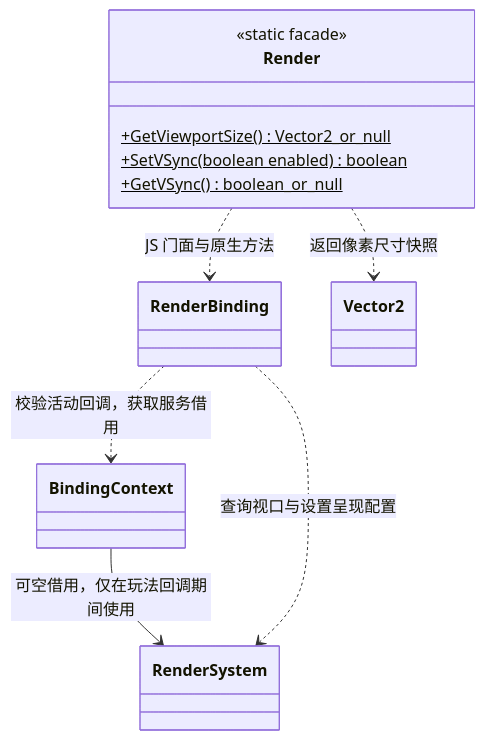
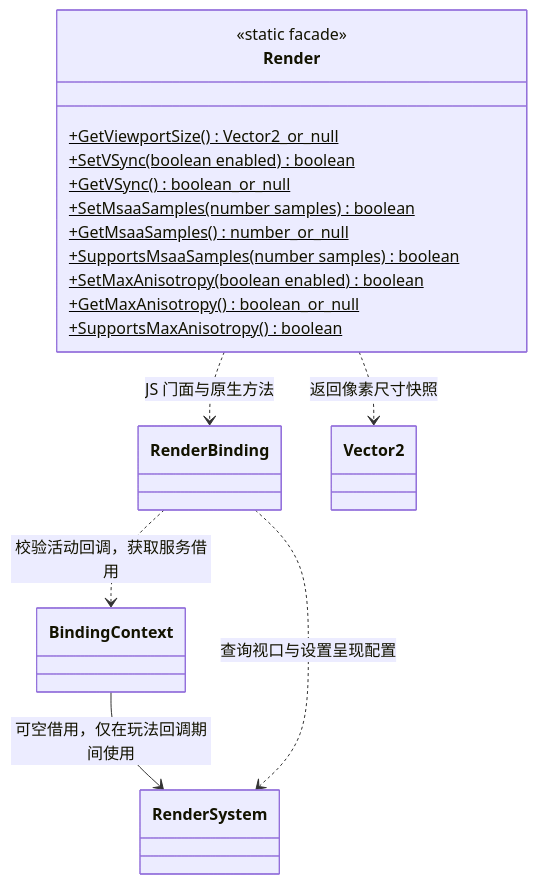
The first of 2 diagrams in docs/plugins/runtime/class-diagrams/render-script-api.md (lcals/Engine), drawn with Mermaid before and after one commit. The commit also changed other lines of this file and 291 other files, not shown here.

````diff
--- a/docs/plugins/runtime/class-diagrams/render-script-api.md
+++ b/docs/plugins/runtime/class-diagrams/render-script-api.md
@@ -9,18 +9,24 @@
 ```mermaid
 classDiagram
     class Render {
         <<static facade>>
         +GetViewportSize() Vector2_or_null$
         +SetVSync(boolean enabled) boolean$
         +GetVSync() boolean_or_null$
+        +SetMsaaSamples(number samples) boolean$
+        +GetMsaaSamples() number_or_null$
+        +SupportsMsaaSamples(number samples) boolean$
+        +SetMaxAnisotropy(boolean enabled) boolean$
+        +GetMaxAnisotropy() boolean_or_null$
+        +SupportsMaxAnisotropy() boolean$
     }
     class RenderBinding
     class BindingContext
     class RenderSystem
     class Vector2
     Render ..> Vector2 : 返回像素尺寸快照
     Render ..> RenderBinding : JS 门面与原生方法
     RenderBinding ..> BindingContext : 校验活动回调，获取服务借用
     BindingContext --> RenderSystem : 可空借用，仅在玩法回调期间使用
     RenderBinding ..> RenderSystem : 查询视口与设置呈现配置
 ```
````
